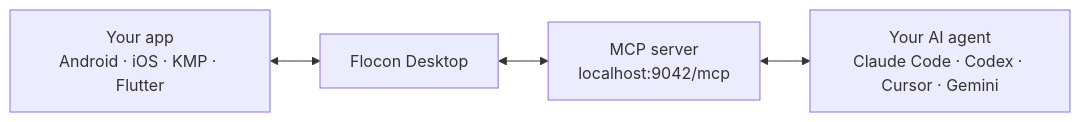
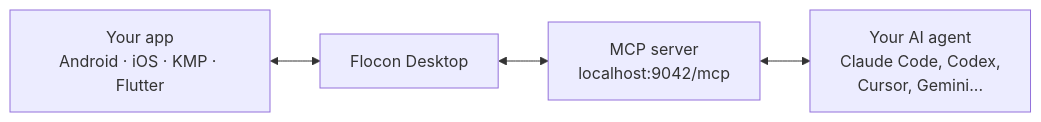
One commit to openflocon/Flocon changed the diagram in README.md. Above: the diagram before and after it, drawn with Mermaid.

Commit message:
docs: [README] Wrap the agent box of the MCP diagram

````diff
--- a/README.md
+++ b/README.md
@@ -37,6 +37,6 @@
 ```mermaid
 flowchart LR
     App["Your app<br/>Android · iOS · KMP · Flutter"] <--> Desktop["Flocon Desktop"]
     Desktop <--> MCP["MCP server<br/>localhost:9042/mcp"]
-    MCP <--> Agent["Your AI agent<br/>Claude Code · Codex · Cursor · Gemini"]
+    MCP <--> Agent["Your AI agent<br/>Claude Code, Codex,<br/>Cursor, Gemini..."]
 ```
````
